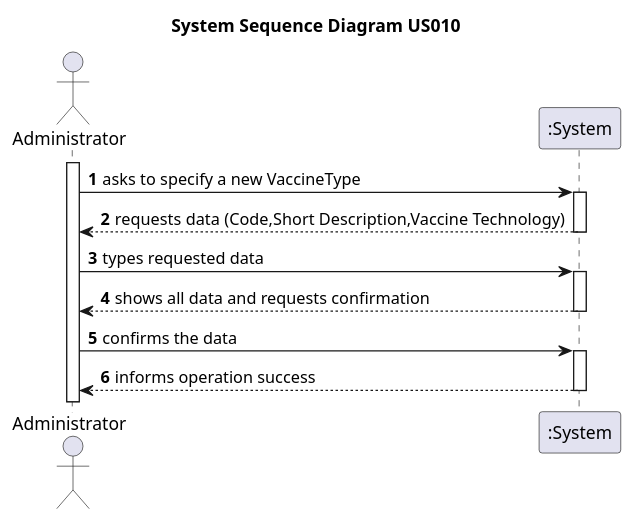
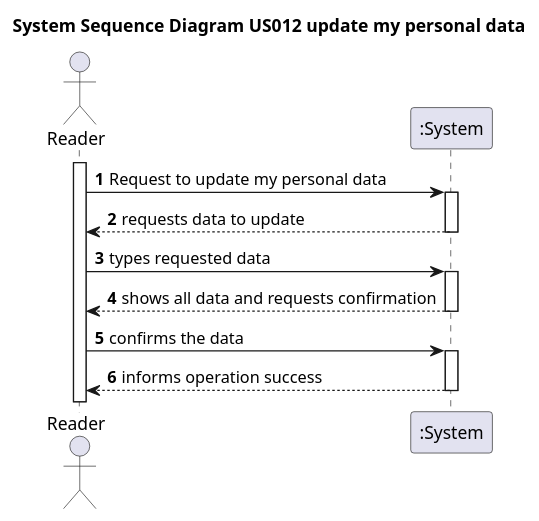
The diagram in docs/Phase_1/WP_3A/US012/US012-SSD.puml (GODinho211/psoft-project-G2), drawn with PlantUML before and after one commit. The commit also changed 11 other files, not shown here.

Commit message:
Update the Workpackage 3 with the design namely Domain model extract sequence diagram ans system sequence diagram

```diff
--- a/docs/Phase_1/WP_3A/US012/US012-SSD.puml
+++ b/docs/Phase_1/WP_3A/US012/US012-SSD.puml
@@ -1,22 +1,22 @@
 @startuml
 'https://plantuml.com/sequence-diagram
 
-title System Sequence Diagram US010
+title System Sequence Diagram US012 update my personal data
 
 autoactivate on
 autonumber
 
-actor "Administrator" as Administrator
+actor "Reader" as Administrator
 participant ":System" as System
 
 activate Administrator
 
-Administrator -> System: asks to specify a new VaccineType
-System --> Administrator: requests data (Code,Short Description,Vaccine Technology)
+Administrator -> System: Request to update my personal data
+System --> Administrator: requests data to update
 
 Administrator -> System: types requested data
 System --> Administrator: shows all data and requests confirmation
 
 Administrator -> System: confirms the data
 System --> Administrator: informs operation success
 @enduml
```
